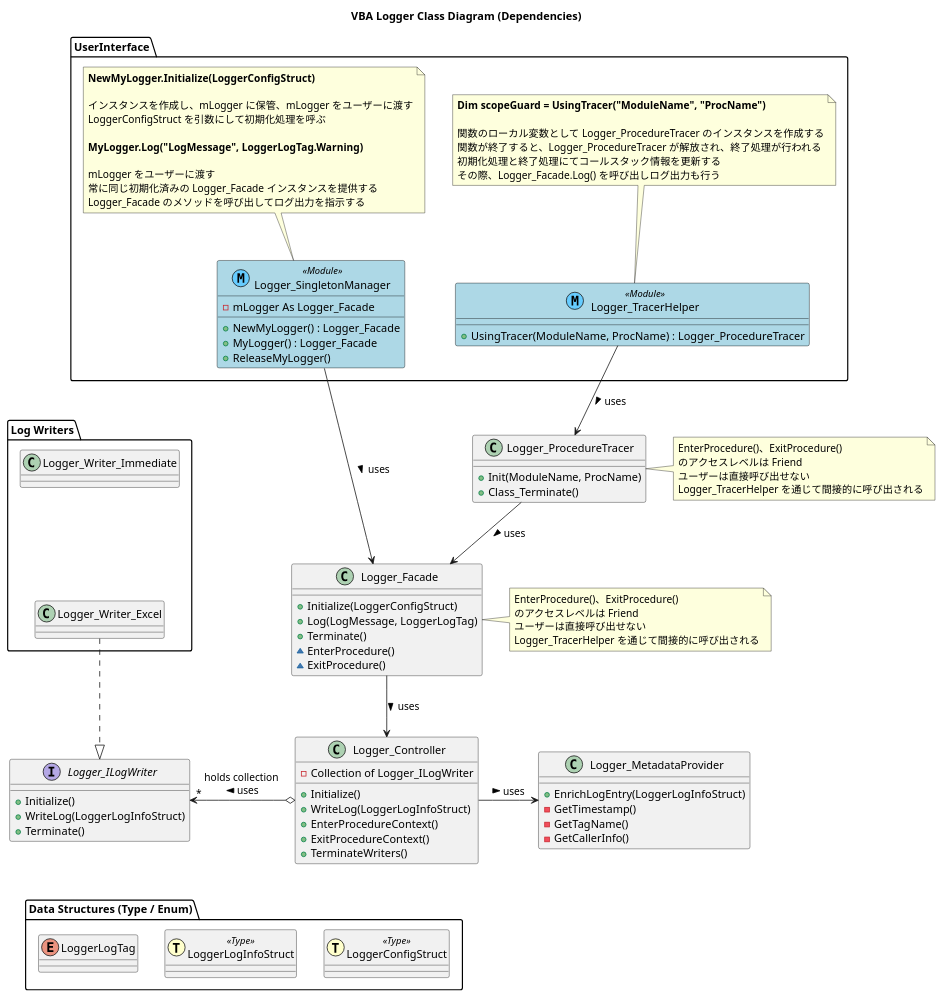
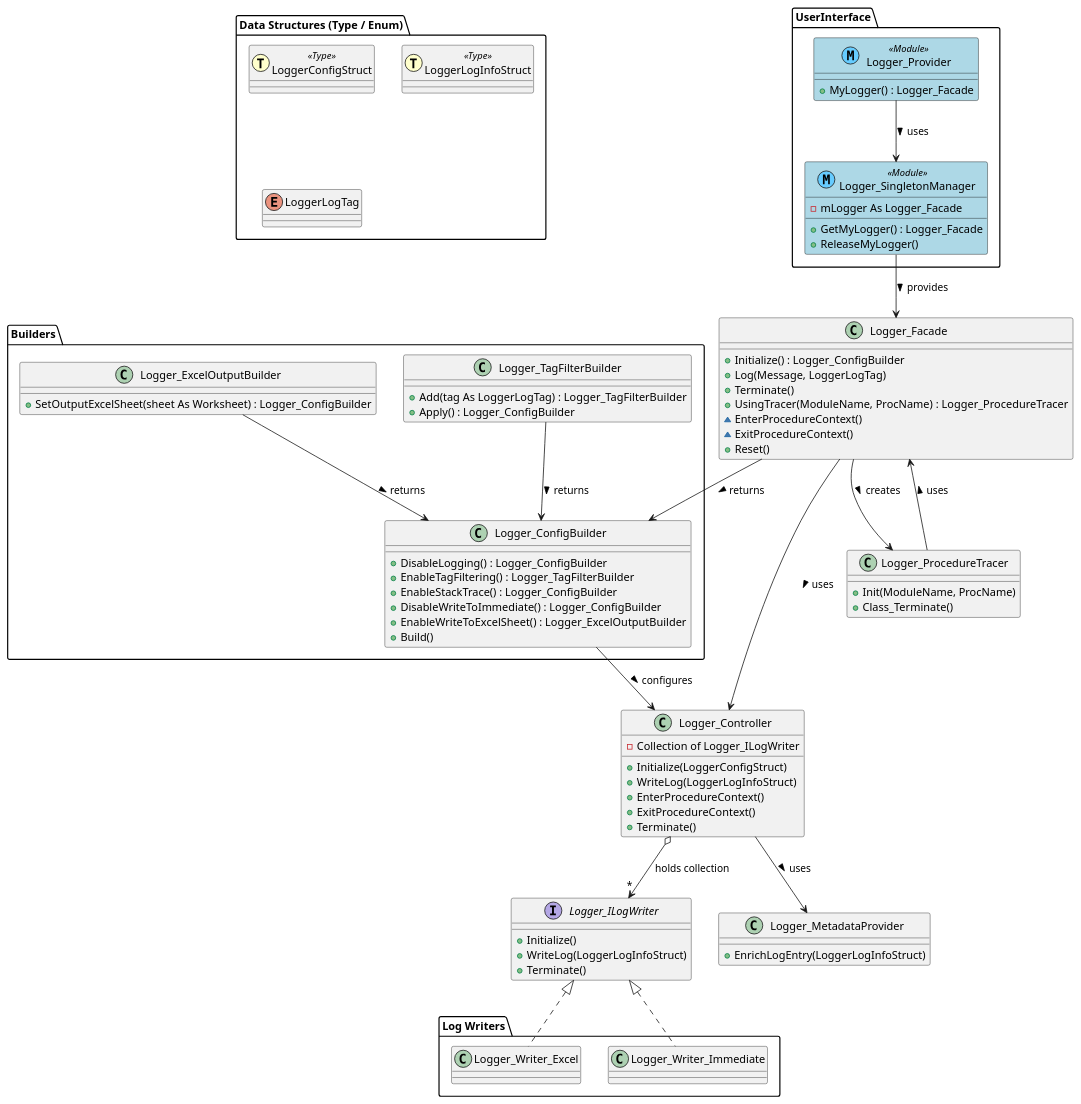
One commit to ryuryu333/vba_stack_trace_logger changed the diagram in docs/クラス図.puml. Above: the diagram before and after it, drawn with PlantUML.

Commit message:
クラス図を現在のコード構造に合わせて更新 by codex

```diff
--- a/docs/クラス図.puml
+++ b/docs/クラス図.puml
@@ -1,116 +1,95 @@
 @startuml クラス図
-title VBA Logger Class Diagram (Dependencies)
+' Updated class diagram to match current code structure
 
 package UserInterface {
+    class Logger_Provider << (M,66CCFF) Module >> #LightBlue ##black {
+        + MyLogger() : Logger_Facade
+    }
     class Logger_SingletonManager << (M,66CCFF) Module >> #LightBlue ##black {
         - mLogger As Logger_Facade
-        + NewMyLogger() : Logger_Facade
-        + MyLogger() : Logger_Facade
+        + GetMyLogger() : Logger_Facade
         + ReleaseMyLogger()
     }
-    note top of Logger_SingletonManager
-        **NewMyLogger.Initialize(LoggerConfigStruct)**
-        
-        インスタンスを作成し、mLogger に保管、mLogger をユーザーに渡す
-        LoggerConfigStruct を引数にして初期化処理を呼ぶ
-
-        **MyLogger.Log("LogMessage", LoggerLogTag.Warning)**
-
-        mLogger をユーザーに渡す
-        常に同じ初期化済みの Logger_Facade インスタンスを提供する
-        Logger_Facade のメソッドを呼び出してログ出力を指示する
-    end note
-
-    class Logger_TracerHelper << (M,66CCFF) Module >> #LightBlue ##black {
-        + UsingTracer(ModuleName, ProcName) : Logger_ProcedureTracer
-    }
-    note top of Logger_TracerHelper
-        **Dim scopeGuard = UsingTracer("ModuleName", "ProcName")**
-        
-        関数のローカル変数として Logger_ProcedureTracer のインスタンスを作成する
-        関数が終了すると、Logger_ProcedureTracer が解放され、終了処理が行われる
-        初期化処理と終了処理にてコールスタック情報を更新する
-        その際、Logger_Facade.Log() を呼び出しログ出力も行う
-    end note
-
 }
 
 class Logger_Facade {
-    + Initialize(LoggerConfigStruct)
-    + Log(LogMessage, LoggerLogTag)
+    + Initialize() : Logger_ConfigBuilder
+    + Log(Message, LoggerLogTag)
     + Terminate()
-    ~ EnterProcedure()
-    ~ ExitProcedure()
+    + UsingTracer(ModuleName, ProcName) : Logger_ProcedureTracer
+    ~ EnterProcedureContext()
+    ~ ExitProcedureContext()
+    + Reset()
 }
-note right of Logger_Facade
-    EnterProcedure()、ExitProcedure()
-    のアクセスレベルは Friend
-    ユーザーは直接呼び出せない
-    Logger_TracerHelper を通じて間接的に呼び出される
-end note
-
 
 class Logger_Controller {
     - Collection of Logger_ILogWriter
-    + Initialize()
+    + Initialize(LoggerConfigStruct)
     + WriteLog(LoggerLogInfoStruct)
     + EnterProcedureContext()
     + ExitProcedureContext()
-    + TerminateWriters()
+    + Terminate()
 }
 
 interface Logger_ILogWriter {
     + Initialize()
     + WriteLog(LoggerLogInfoStruct)
     + Terminate()
 }
 
 class Logger_MetadataProvider {
     + EnrichLogEntry(LoggerLogInfoStruct)
-    - GetTimestamp()
-    - GetTagName()
-    - GetCallerInfo()
 }
 
 class Logger_ProcedureTracer {
     + Init(ModuleName, ProcName)
     + Class_Terminate()
 }
-note right of Logger_ProcedureTracer
-    EnterProcedure()、ExitProcedure()
-    のアクセスレベルは Friend
-    ユーザーは直接呼び出せない
-    Logger_TracerHelper を通じて間接的に呼び出される
-end note
+
+package Builders {
+    class Logger_ConfigBuilder {
+        + DisableLogging() : Logger_ConfigBuilder
+        + EnableTagFiltering() : Logger_TagFilterBuilder
+        + EnableStackTrace() : Logger_ConfigBuilder
+        + DisableWriteToImmediate() : Logger_ConfigBuilder
+        + EnableWriteToExcelSheet() : Logger_ExcelOutputBuilder
+        + Build()
+    }
+    class Logger_TagFilterBuilder {
+        + Add(tag As LoggerLogTag) : Logger_TagFilterBuilder
+        + Apply() : Logger_ConfigBuilder
+    }
+    class Logger_ExcelOutputBuilder {
+        + SetOutputExcelSheet(sheet As Worksheet) : Logger_ConfigBuilder
+    }
+}
 
 package "Log Writers" {
     class Logger_Writer_Excel {
     }
-
     class Logger_Writer_Immediate {
     }
 }
 
 package "Data Structures (Type / Enum)" {
     struct LoggerConfigStruct << (T,FFFFCC) Type >>
     struct LoggerLogInfoStruct << (T,FFFFCC) Type >>
     enum LoggerLogTag
 }
 
 ' --- Relationships ---
-' Core Component Dependencies
-Logger_SingletonManager --> Logger_Facade : uses >
+Logger_Provider --> Logger_SingletonManager : uses >
+Logger_SingletonManager --> Logger_Facade : provides >
 Logger_Facade --> Logger_Controller : uses >
-Logger_Controller -right-> Logger_MetadataProvider : uses >
-
-Logger_Controller o-left-> "*" Logger_ILogWriter : holds collection \n uses <
-Logger_ILogWriter <|.up. Logger_Writer_Excel
-
-' Call Stack Tracing Dependencies
+Logger_Facade --> Logger_ProcedureTracer : creates >
+Logger_Facade --> Logger_ConfigBuilder : returns >
+Logger_Controller --> Logger_MetadataProvider : uses >
+Logger_Controller o--> "*" Logger_ILogWriter : holds collection
+Logger_ILogWriter <|.. Logger_Writer_Excel
+Logger_ILogWriter <|.. Logger_Writer_Immediate
+Logger_ConfigBuilder --> Logger_Controller : configures >
+Logger_TagFilterBuilder --> Logger_ConfigBuilder : returns >
+Logger_ExcelOutputBuilder --> Logger_ConfigBuilder : returns >
 Logger_ProcedureTracer --> Logger_Facade : uses >
-Logger_TracerHelper --> Logger_ProcedureTracer : uses >
-
-Logger_Controller -[hidden]-> LoggerConfigStruct
-Logger_Writer_Immediate -[hidden]-> Logger_Writer_Excel
 
 @enduml
```
